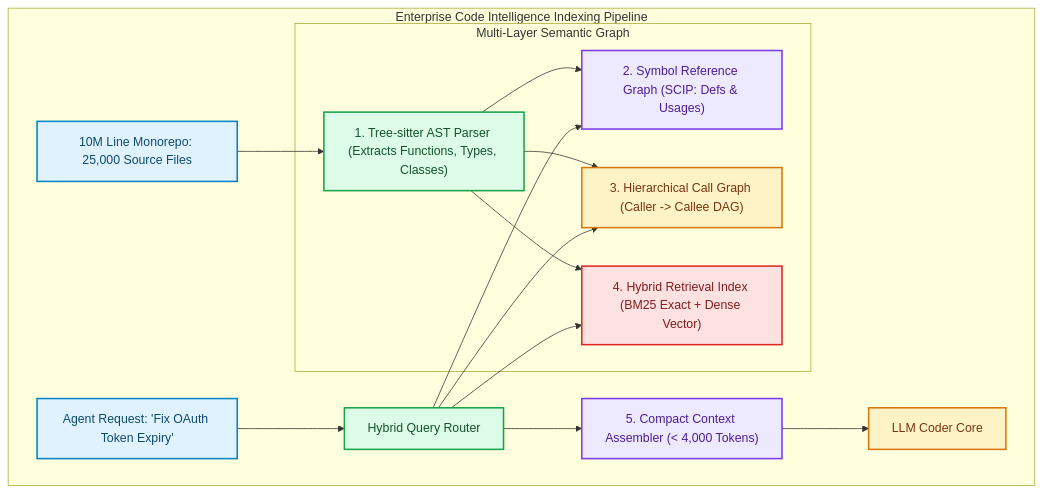
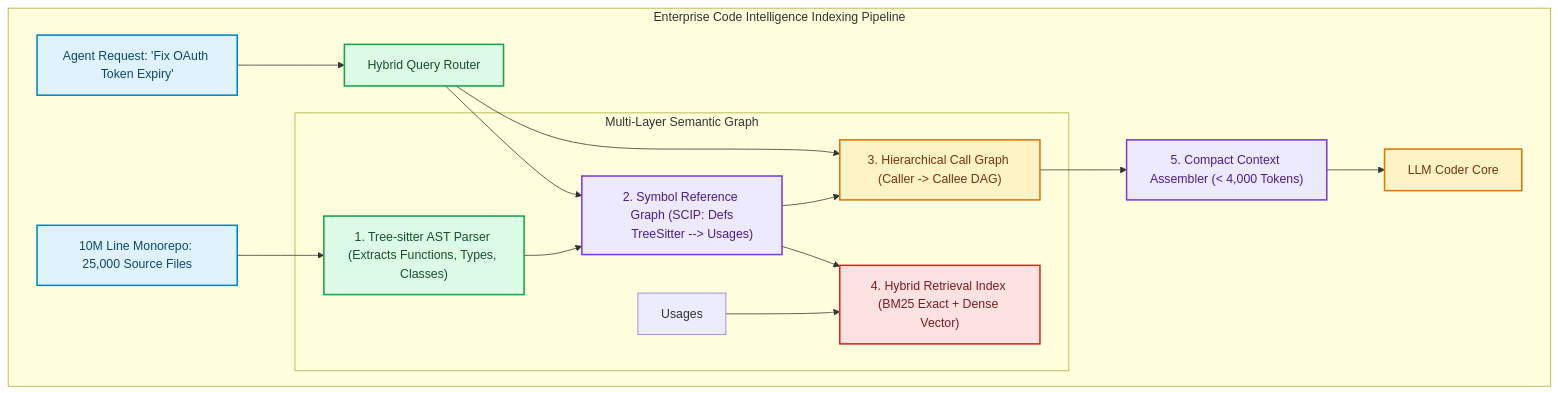
One commit to akmalkhaniub/akmalkhaniub.github.io changed the first of 2 diagrams in blog/posts/indexing-10m-line-codebases-ai-agents-tree-sitter-ast-call-graphs.md. Above: the diagram before and after it, drawn with Mermaid. The commit also changed other lines of this file and 894 other files, not shown here.

Commit message:
feat(blog): upgrade all 444 posts with unique staggered dates, 2-col Mermaid spines, benchmark tables, code blocks, and trade-offs

````diff
--- a/blog/posts/indexing-10m-line-codebases-ai-agents-tree-sitter-ast-call-graphs.md
+++ b/blog/posts/indexing-10m-line-codebases-ai-agents-tree-sitter-ast-call-graphs.md
@@ -13,29 +13,32 @@
 ```mermaid
 flowchart TD
   subgraph SG1_EnterpriseCodeIntelligence ["Enterprise Code Intelligence Indexing Pipeline"]
     Repo["10M Line Monorepo: 25,000 Source Files"] --> TreeSitter["1. Tree-sitter AST Parser (Extracts Functions, Types, Classes)"]
     
     subgraph SG2_MultiLayerSemantic ["Multi-Layer Semantic Graph"]
-      TreeSitter --> SymbolGraph["2. Symbol Reference Graph (SCIP: Defs & Usages)"]
-      TreeSitter --> CallGraph["3. Hierarchical Call Graph (Caller -> Callee DAG)"]
-      TreeSitter --> HybridSearch["4. Hybrid Retrieval Index (BM25 Exact + Dense Vector)"]
+      TreeSitter --> SymbolGraph["2. Symbol Reference Graph (SCIP: Defs
+      TreeSitter --> Usages)"]
+      SymbolGraph --> CallGraph["3. Hierarchical Call Graph (Caller -> Callee DAG)"]
+      Usages --> HybridSearch["4. Hybrid Retrieval Index (BM25 Exact + Dense Vector)"]
     end
     
     AgentQuery["Agent Request: 'Fix OAuth Token Expiry'"] --> SearchRouter["Hybrid Query Router"]
-    SearchRouter --> SymbolGraph & CallGraph & HybridSearch
+    SearchRouter --> SymbolGraph
+    SearchRouter --> CallGraph
+    SymbolGraph --> HybridSearch
     
-    SearchRouter --> ContextAssembler["5. Compact Context Assembler (< 4,000 Tokens)"]
+    CallGraph --> ContextAssembler["5. Compact Context Assembler (< 4,000 Tokens)"]
     ContextAssembler --> LLMCoder["LLM Coder Core"]
   end
 
 classDef green fill:#dcfce7,stroke:#16a34a,stroke-width:2px,color:#14532d;
 classDef red fill:#fee2e2,stroke:#dc2626,stroke-width:2px,color:#7f1d1d;
 classDef blue fill:#e0f2fe,stroke:#0284c7,stroke-width:2px,color:#0c4a6e;
 classDef yellow fill:#fef3c7,stroke:#d97706,stroke-width:2px,color:#78350f;
 classDef purple fill:#ede9fe,stroke:#7c3aed,stroke-width:2px,color:#4c1d95;
 class Repo,AgentQuery blue
 class TreeSitter,SearchRouter green
 class SymbolGraph,ContextAssembler purple
 class CallGraph,LLMCoder yellow
 class HybridSearch red
 ```
````
